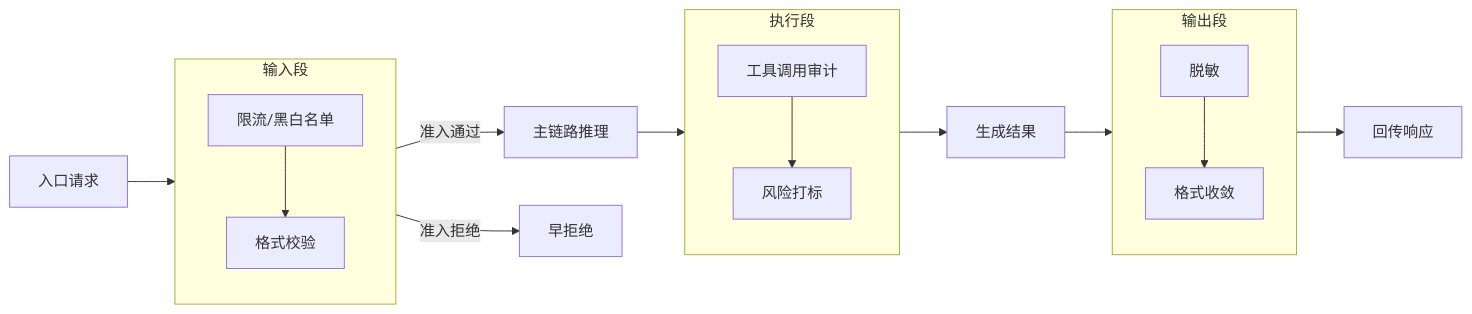
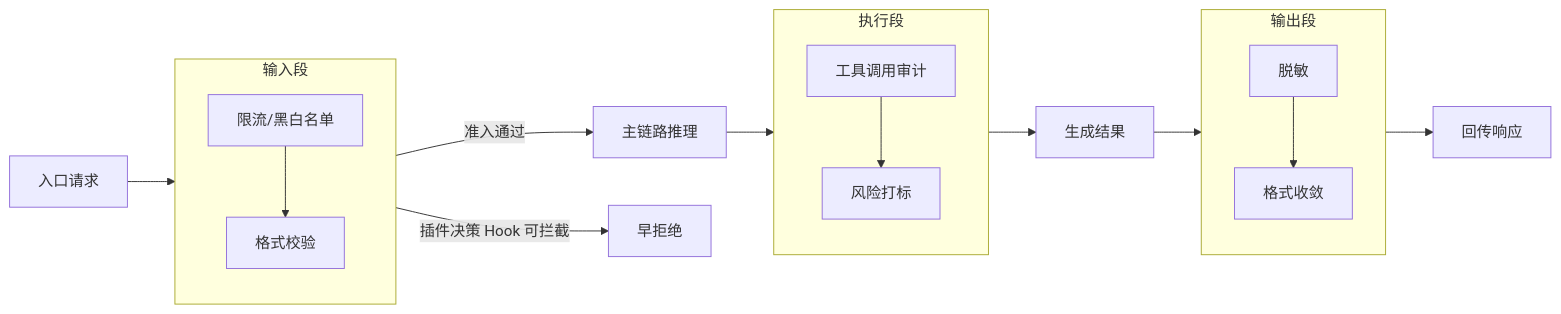
One commit to yeasy/openclaw_guide changed the diagram in 08_automation_ops/8.1_hooks.md. Above: the diagram before and after it, drawn with Mermaid. The commit also changed other lines of this file and 89 other files, not shown here.

````diff
--- a/08_automation_ops/8.1_hooks.md
+++ b/08_automation_ops/8.1_hooks.md
@@ -54,20 +54,20 @@
 ```mermaid
 flowchart LR
   subgraph input["输入段"]
     I1["限流/黑白名单"] --> I2["格式校验"]
   end
   subgraph exec["执行段"]
     E1["工具调用审计"] --> E2["风险打标"]
   end
   subgraph output["输出段"]
     O1["脱敏"] --> O2["格式收敛"]
   end
 
   req["入口请求"] --> input
   input -->|"准入通过"| main["主链路推理"]
   main --> exec
   exec --> result["生成结果"]
   result --> output
   output --> resp["回传响应"]
-  input -->|"准入拒绝"| reject["早拒绝"]
+  input -->|"插件决策 Hook 可拦截"| reject["早拒绝"]
 ```
````
